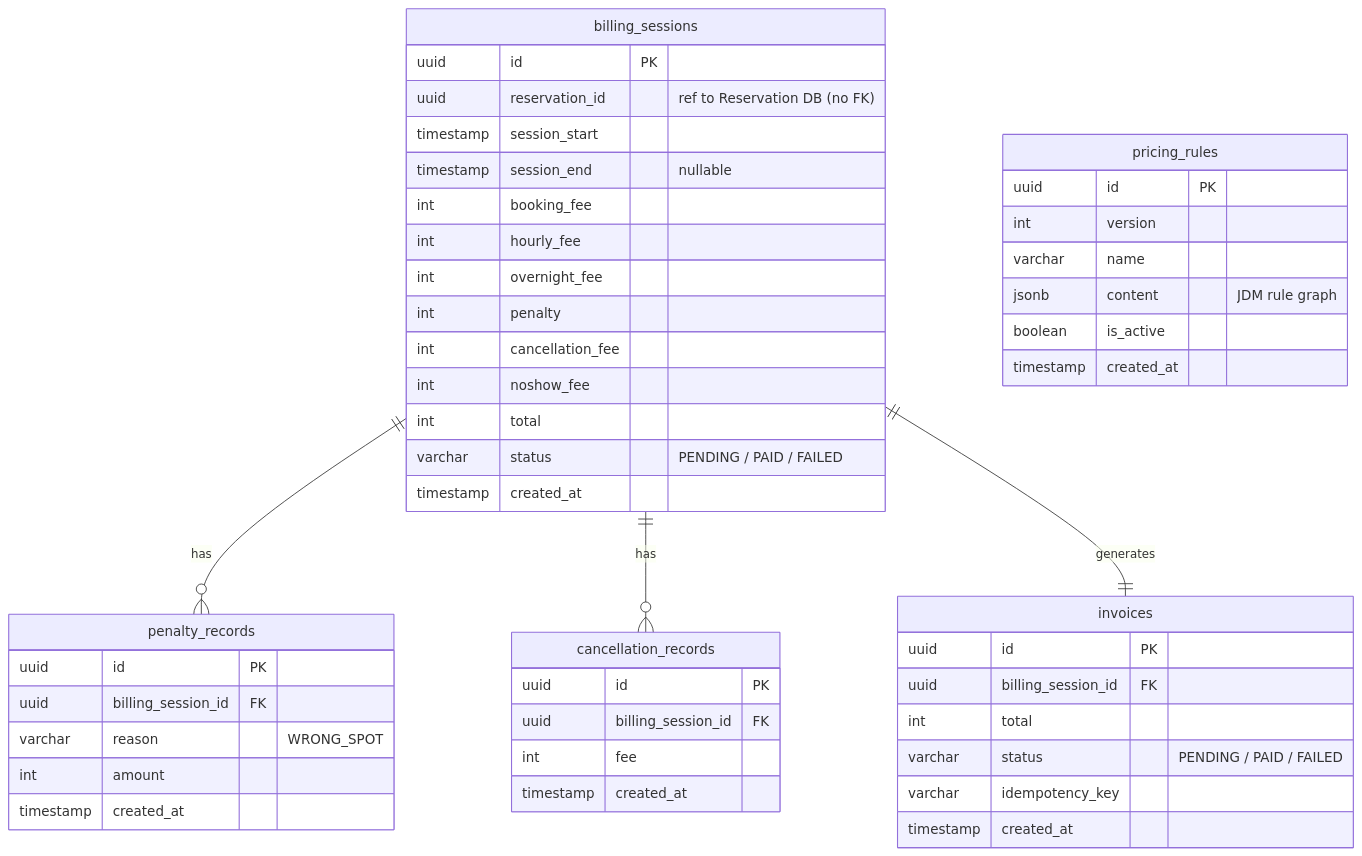
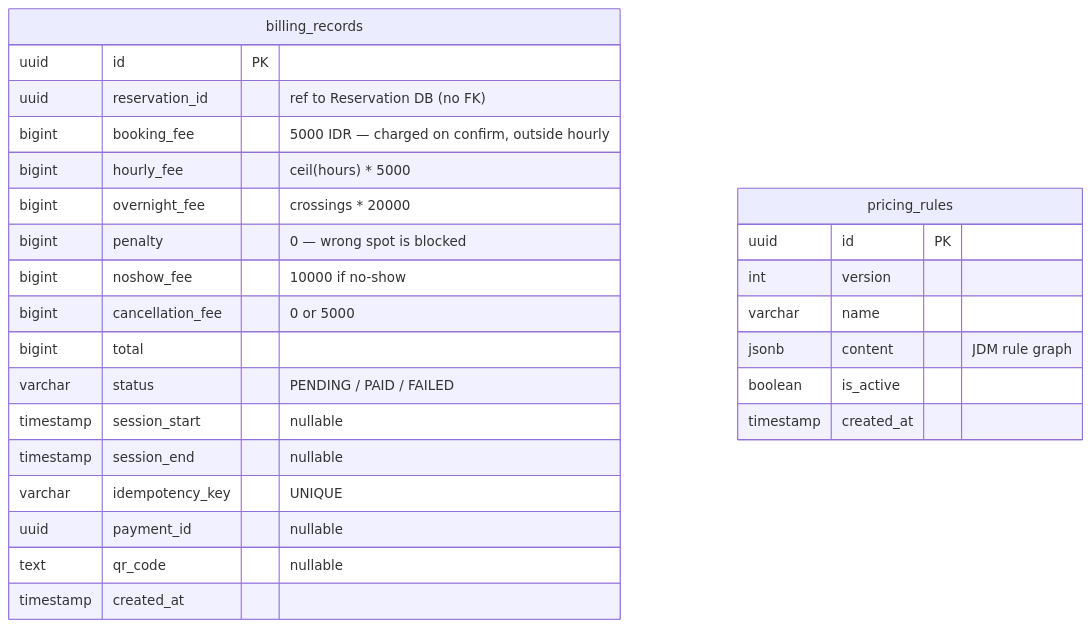
One commit to ParkirPintar/parkir-pintar-backend changed diagram 21 of 23 in README.md. Above: the diagram before and after it, drawn with Mermaid. The commit also changed other lines of this file and 42 other files, not shown here.

````diff
--- a/README.md
+++ b/README.md
@@ -1591,55 +1414,30 @@
 ```mermaid
 erDiagram
-    billing_sessions {
+    billing_records {
         uuid id PK
         uuid reservation_id "ref to Reservation DB (no FK)"
-        timestamp session_start
+        bigint booking_fee "5000 IDR — charged on confirm, outside hourly"
+        bigint hourly_fee "ceil(hours) * 5000"
+        bigint overnight_fee "crossings * 20000"
+        bigint penalty "0 — wrong spot is blocked"
+        bigint noshow_fee "10000 if no-show"
+        bigint cancellation_fee "0 or 5000"
+        bigint total
+        varchar status "PENDING / PAID / FAILED"
+        timestamp session_start "nullable"
         timestamp session_end "nullable"
-        int booking_fee
-        int hourly_fee
-        int overnight_fee
-        int penalty
-        int cancellation_fee
-        int noshow_fee
-        int total
-        varchar status "PENDING / PAID / FAILED"
-        timestamp created_at
-    }
-
-    penalty_records {
-        uuid id PK
-        uuid billing_session_id FK
-        varchar reason "WRONG_SPOT"
-        int amount
-        timestamp created_at
-    }
-
-    cancellation_records {
-        uuid id PK
-        uuid billing_session_id FK
-        int fee
-        timestamp created_at
-    }
-
-    invoices {
-        uuid id PK
-        uuid billing_session_id FK
-        int total
-        varchar status "PENDING / PAID / FAILED"
-        varchar idempotency_key
+        varchar idempotency_key "UNIQUE"
+        uuid payment_id "nullable"
+        text qr_code "nullable"
         timestamp created_at
     }
 
     pricing_rules {
         uuid id PK
         int version
         varchar name
         jsonb content "JDM rule graph"
         boolean is_active
         timestamp created_at
     }
-
-    billing_sessions ||--o{ penalty_records : "has"
-    billing_sessions ||--o{ cancellation_records : "has"
-    billing_sessions ||--|| invoices : "generates"
 ```
````
